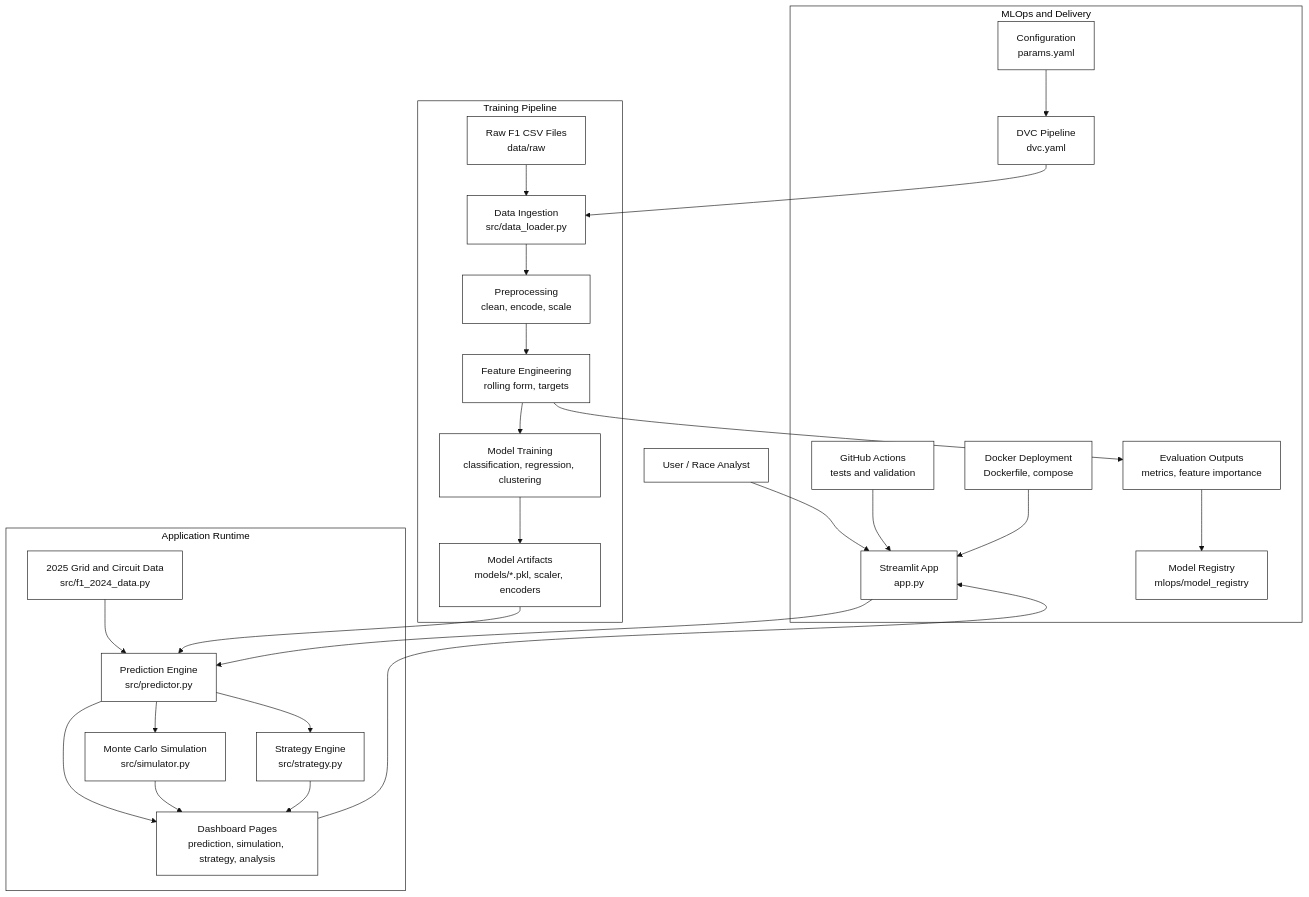
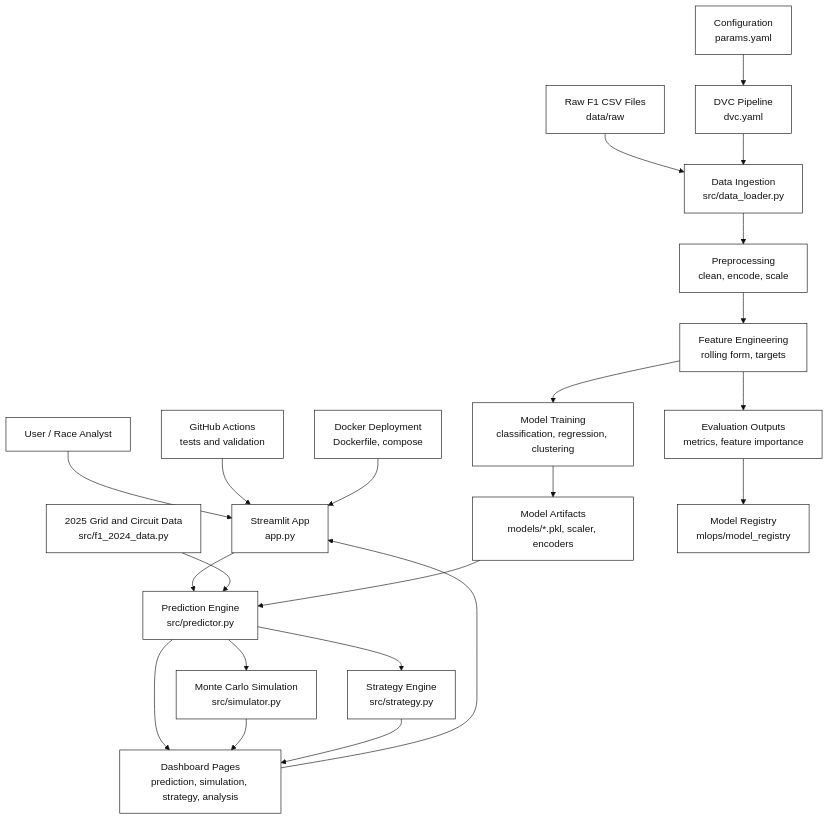
The diagram in README.md (ParthrChandurkar/F1-Race-Prediction-Strategy-System), drawn with Mermaid before and after one commit.

Commit message:
Use single canvas architecture diagram

````diff
--- a/README.md
+++ b/README.md
@@ -58,56 +58,46 @@
 ```mermaid
 %%{init: {"theme": "base", "themeVariables": {"background": "#ffffff", "mainBkg": "#ffffff", "primaryColor": "#ffffff", "primaryTextColor": "#111111", "primaryBorderColor": "#111111", "lineColor": "#111111", "clusterBkg": "#ffffff", "clusterBorder": "#111111", "edgeLabelBackground": "#ffffff", "fontFamily": "Arial"}} }%%
 flowchart TB
     user["User / Race Analyst"]
     app["Streamlit App<br/>app.py"]
 
-    user --> app
+    raw["Raw F1 CSV Files<br/>data/raw"]
+    ingest["Data Ingestion<br/>src/data_loader.py"]
+    prep["Preprocessing<br/>clean, encode, scale"]
+    features["Feature Engineering<br/>rolling form, targets"]
+    train["Model Training<br/>classification, regression, clustering"]
+    models["Model Artifacts<br/>models/*.pkl, scaler, encoders"]
 
-    subgraph train_flow["Training Pipeline"]
-        raw["Raw F1 CSV Files<br/>data/raw"]
-        ingest["Data Ingestion<br/>src/data_loader.py"]
-        prep["Preprocessing<br/>clean, encode, scale"]
-        features["Feature Engineering<br/>rolling form, targets"]
-        train["Model Training<br/>classification, regression, clustering"]
-        models["Model Artifacts<br/>models/*.pkl, scaler, encoders"]
+    constants["2025 Grid and Circuit Data<br/>src/f1_2024_data.py"]
+    predictor["Prediction Engine<br/>src/predictor.py"]
+    simulator["Monte Carlo Simulation<br/>src/simulator.py"]
+    strategy["Strategy Engine<br/>src/strategy.py"]
+    dashboard["Dashboard Pages<br/>prediction, simulation, strategy, analysis"]
 
-        raw --> ingest --> prep --> features --> train --> models
-    end
+    params["Configuration<br/>params.yaml"]
+    dvc["DVC Pipeline<br/>dvc.yaml"]
+    metrics["Evaluation Outputs<br/>metrics, feature importance"]
+    registry["Model Registry<br/>mlops/model_registry"]
+    ci["GitHub Actions<br/>tests and validation"]
+    docker["Docker Deployment<br/>Dockerfile, compose"]
 
-    subgraph app_flow["Application Runtime"]
-        constants["2025 Grid and Circuit Data<br/>src/f1_2024_data.py"]
-        predictor["Prediction Engine<br/>src/predictor.py"]
-        simulator["Monte Carlo Simulation<br/>src/simulator.py"]
-        strategy["Strategy Engine<br/>src/strategy.py"]
-        dashboard["Dashboard Pages<br/>prediction, simulation, strategy, analysis"]
+    raw --> ingest --> prep --> features --> train --> models
+    params --> dvc --> ingest
+    features --> metrics --> registry
 
-        constants --> predictor
-        models --> predictor
-        predictor --> simulator
-        predictor --> strategy
-        predictor --> dashboard
-        simulator --> dashboard
-        strategy --> dashboard
-    end
+    user --> app --> predictor
+    constants --> predictor
+    models --> predictor
+    predictor --> simulator
+    predictor --> strategy
+    predictor --> dashboard
+    simulator --> dashboard
+    strategy --> dashboard
+    dashboard --> app
 
-    subgraph ops_flow["MLOps and Delivery"]
-        params["Configuration<br/>params.yaml"]
-        dvc["DVC Pipeline<br/>dvc.yaml"]
-        metrics["Evaluation Outputs<br/>metrics, feature importance"]
-        registry["Model Registry<br/>mlops/model_registry"]
-        ci["GitHub Actions<br/>tests and validation"]
-        docker["Docker Deployment<br/>Dockerfile, compose"]
-
-        params --> dvc
-        dvc --> ingest
-        features --> metrics --> registry
-        ci --> app
-        docker --> app
-    end
-
-    app --> predictor
-    dashboard --> app
+    ci --> app
+    docker --> app
 
     classDef outlineBox fill:#ffffff,stroke:#111111,color:#111111,stroke-width:1px;
     class user,app,raw,ingest,prep,features,train,models,constants,predictor,simulator,strategy,dashboard,params,dvc,metrics,registry,ci,docker outlineBox;
 ```
````
